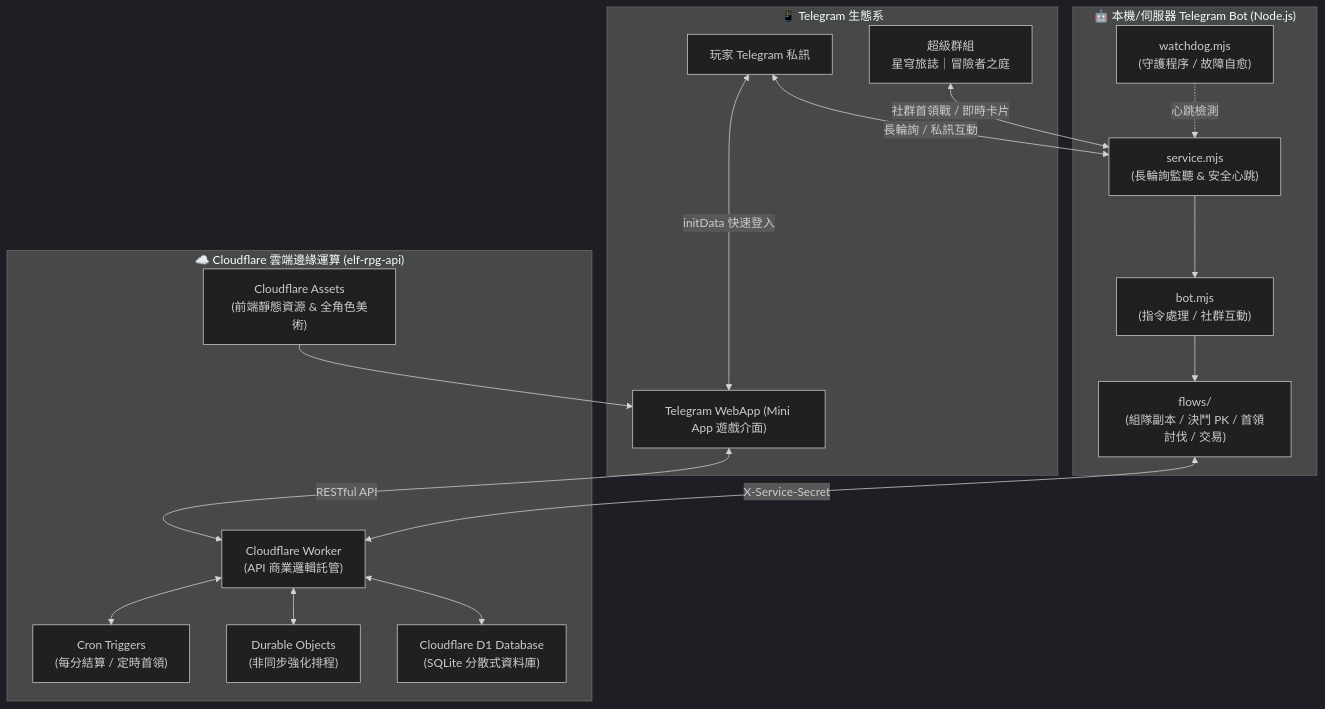
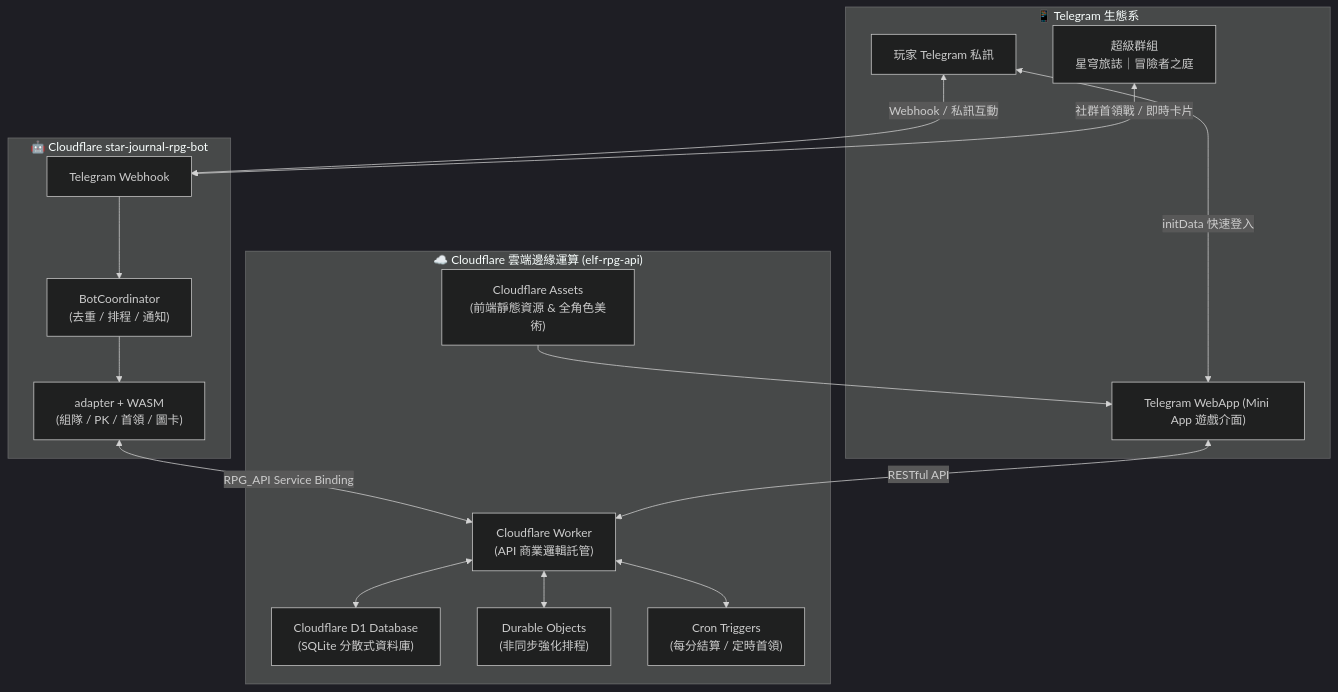
One commit to micisachen63-gif/--MiniApp changed the diagram in README.md. Above: the diagram before and after it, drawn with Mermaid (dark theme). The commit also changed other lines of this file and 8 other files, not shown here.

````diff
--- a/README.md
+++ b/README.md
@@ -9,37 +9,35 @@
 ```mermaid
 flowchart TD
     subgraph TelegramClient ["📱 Telegram 生態系"]
         TG_USER["玩家 Telegram 私訊"]
         TG_GROUP["超級群組<br/>星穹旅誌｜冒險者之庭"]
         MINI_APP["Telegram WebApp (Mini App 遊戲介面)"]
     end
 
-    subgraph BotHost ["🤖 本機/伺服器 Telegram Bot (Node.js)"]
-        WATCHDOG["watchdog.mjs<br/>(守護程序 / 故障自愈)"]
-        SERVICE["service.mjs<br/>(長輪詢監聽 & 安全心跳)"]
-        BOT["bot.mjs<br/>(指令處理 / 社群互動)"]
-        FLOWS["flows/<br/>(組隊副本 / 決鬥 PK / 首領討伐 / 交易)"]
+    subgraph BotHost ["🤖 Cloudflare star-journal-rpg-bot"]
+        WEBHOOK["Telegram Webhook"]
+        BOT["BotCoordinator<br/>(去重 / 排程 / 通知)"]
+        FLOWS["adapter + WASM<br/>(組隊 / PK / 首領 / 圖卡)"]
     end
 
     subgraph CloudflareCloud ["☁️ Cloudflare 雲端邊緣運算 (elf-rpg-api)"]
         WORKER["Cloudflare Worker<br/>(API 商業邏輯託管)"]
         D1["Cloudflare D1 Database<br/>(SQLite 分散式資料庫)"]
         DO["Durable Objects<br/>(非同步強化排程)"]
         CRON["Cron Triggers<br/>(每分結算 / 定時首領)"]
         ASSETS["Cloudflare Assets<br/>(前端靜態資源 & 全角色美術)"]
     end
 
-    TG_USER <-->|長輪詢 / 私訊互動| SERVICE
-    TG_GROUP <-->|社群首領戰 / 即時卡片| SERVICE
-    WATCHDOG -.->|心跳檢測| SERVICE
-    SERVICE --> BOT
+    TG_USER <-->|Webhook / 私訊互動| WEBHOOK
+    TG_GROUP <-->|社群首領戰 / 即時卡片| WEBHOOK
+    WEBHOOK --> BOT
     BOT --> FLOWS
-    FLOWS <-->|X-Service-Secret| WORKER
+    FLOWS <-->|RPG_API Service Binding| WORKER
 
     TG_USER <-->|initData 快速登入| MINI_APP
     MINI_APP <-->|RESTful API| WORKER
     WORKER <--> D1
     WORKER <--> DO
     WORKER <--> CRON
     ASSETS --> MINI_APP
 ```
````
